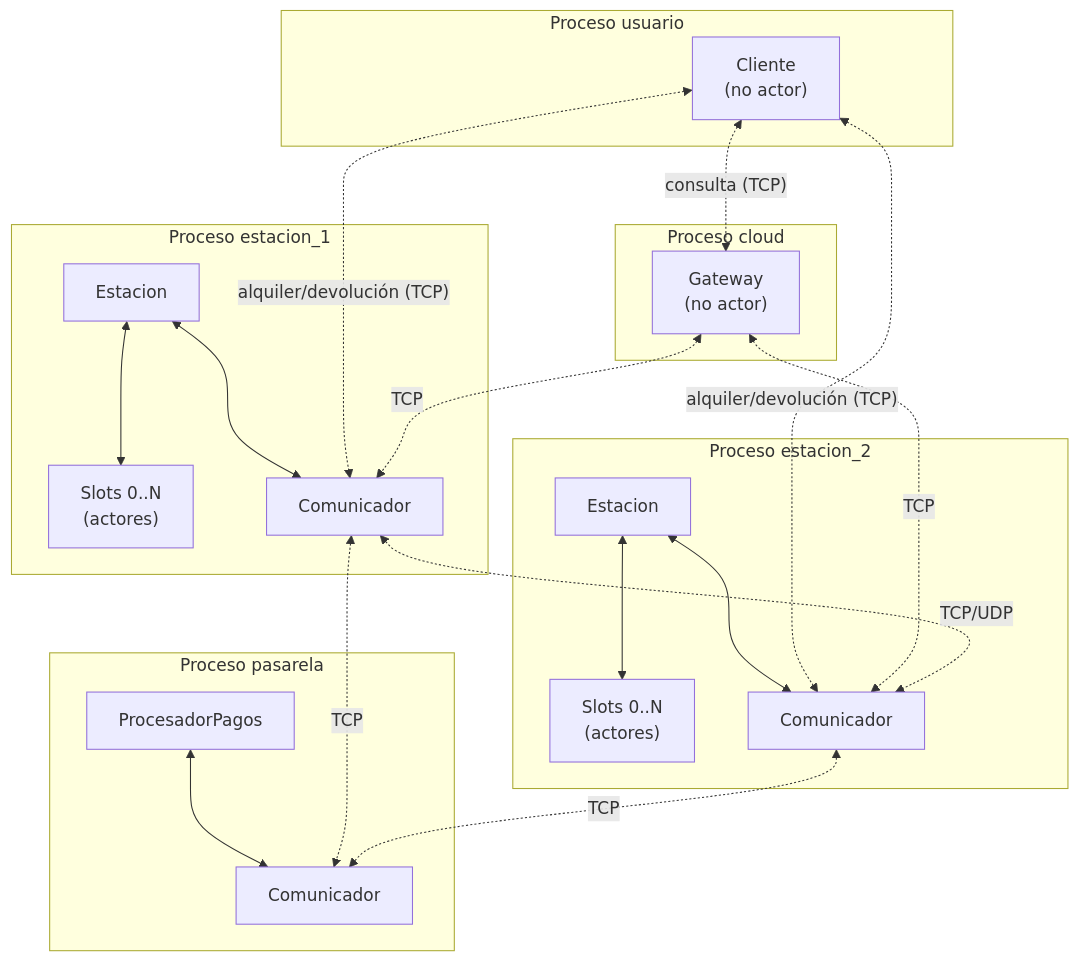
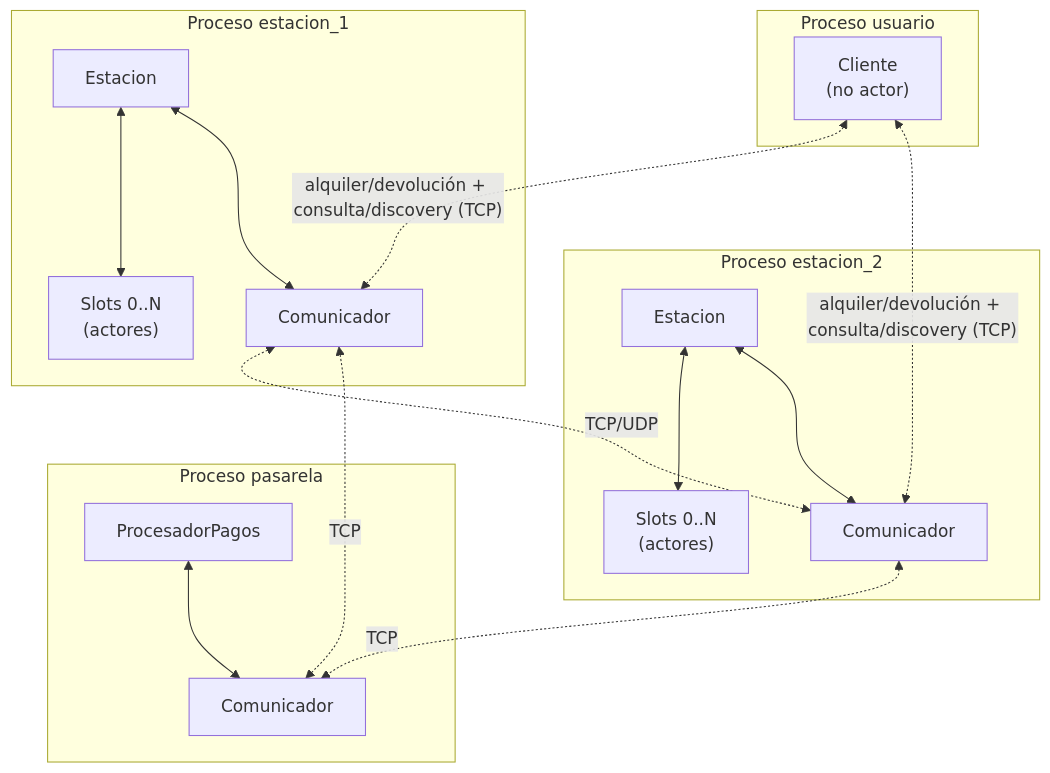
The first of 11 diagrams in README.md (guidoPeirano/tp-concurrentes), drawn with Mermaid before and after one commit. The commit also changed other lines of this file, not shown here.

````diff
--- a/README.md
+++ b/README.md
@@ -55,41 +54,34 @@
 ```mermaid
 flowchart TB
     subgraph U["Proceso usuario"]
         UA["Cliente<br/>(no actor)"]
-    end
-
-    subgraph CL["Proceso cloud"]
-        CLA["Gateway<br/>(no actor)"]
     end
 
     subgraph E1["Proceso estacion_1"]
         E1A["Estacion"]
         E1S["Slots 0..N<br/>(actores)"]
         E1C["Comunicador"]
         E1A <--> E1S
         E1A <--> E1C
     end
 
     subgraph E2["Proceso estacion_2"]
         E2A["Estacion"]
         E2S["Slots 0..N<br/>(actores)"]
         E2C["Comunicador"]
         E2A <--> E2S
         E2A <--> E2C
     end
 
     subgraph P["Proceso pasarela"]
         PA["ProcesadorPagos"]
         PC["Comunicador"]
         PA <--> PC
     end
 
-    UA <-."consulta (TCP)".-> CLA
-    UA <-."alquiler/devolución (TCP)".-> E1C
-    UA <-."alquiler/devolución (TCP)".-> E2C
-    CLA <-.TCP.-> E1C
-    CLA <-.TCP.-> E2C
+    UA <-."alquiler/devolución + consulta/discovery (TCP)".-> E1C
+    UA <-."alquiler/devolución + consulta/discovery (TCP)".-> E2C
     E1C <-.TCP/UDP.-> E2C
     E1C <-.TCP.-> PC
     E2C <-.TCP.-> PC
 ```
````
